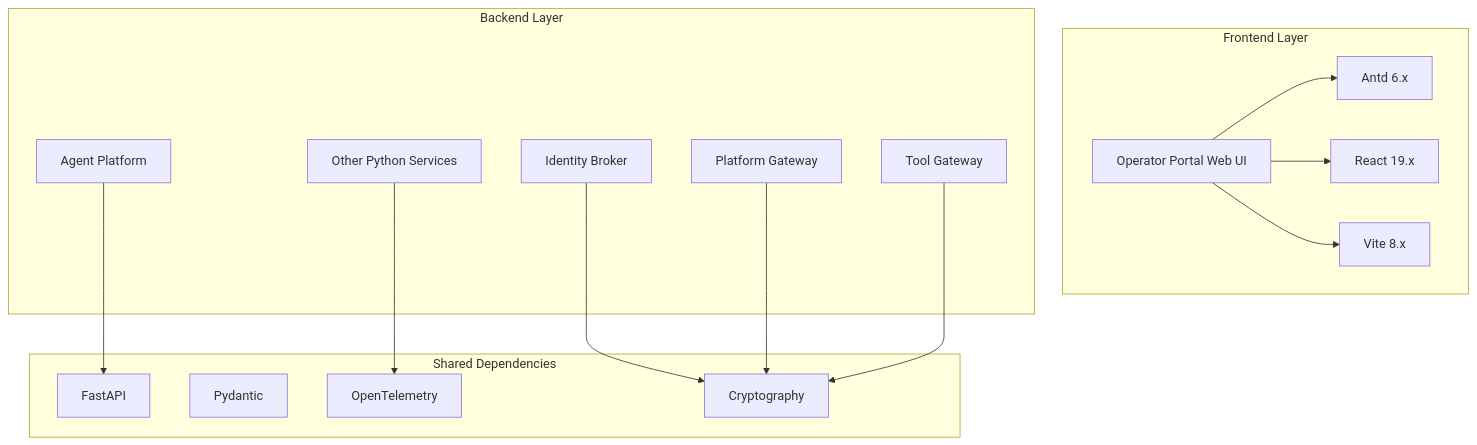
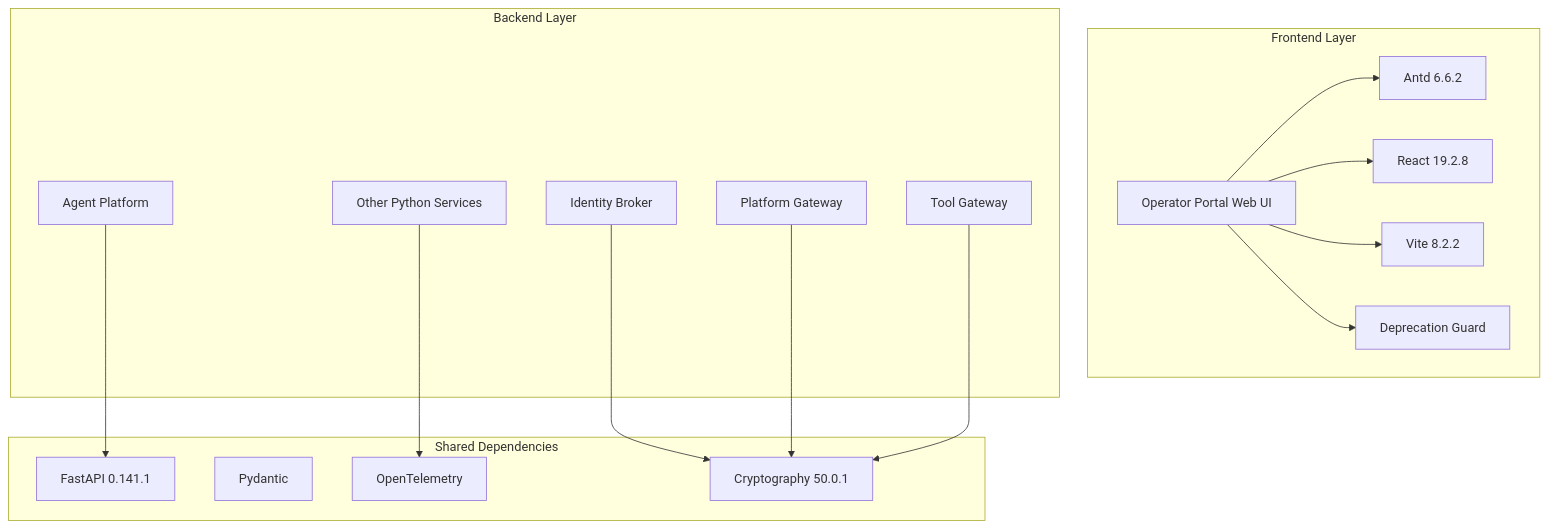
The second of 6 diagrams in .qoder/repowiki/en/content/Architecture Documentation/SPEC-042_ Portal Dependency Hygiene Specification.md (metasync/luban-aiops), drawn with Mermaid before and after one commit. The commit also changed other lines of this file and 6 other files, not shown here.

````diff
--- a/.qoder/repowiki/en/content/Architecture Documentation/SPEC-042_ Portal Dependency Hygiene Specification.md
+++ b/.qoder/repowiki/en/content/Architecture Documentation/SPEC-042_ Portal Dependency Hygiene Specification.md
@@ -131,30 +130,32 @@
 ```mermaid
 graph TB
 subgraph "Frontend Layer"
 Portal["Operator Portal Web UI"]
-Antd["Antd 6.x"]
-React["React 19.x"]
-Vite["Vite 8.x"]
+Antd["Antd 6.6.2"]
+React["React 19.2.8"]
+Vite["Vite 8.2.2"]
+Guard["Deprecation Guard"]
 end
 subgraph "Backend Layer"
 AgentPlatform["Agent Platform"]
 IdentityBroker["Identity Broker"]
 PlatformGateway["Platform Gateway"]
 ToolGateway["Tool Gateway"]
 OtherServices["Other Python Services"]
 end
 subgraph "Shared Dependencies"
-FastAPI["FastAPI"]
+FastAPI["FastAPI 0.141.1"]
 Pydantic["Pydantic"]
 OpenTelemetry["OpenTelemetry"]
-Cryptography["Cryptography"]
+Cryptography["Cryptography 50.0.1"]
 end
 Portal --> Antd
 Portal --> React
 Portal --> Vite
+Portal --> Guard
 AgentPlatform --> FastAPI
 IdentityBroker --> Cryptography
 PlatformGateway --> Cryptography
 ToolGateway --> Cryptography
 OtherServices --> OpenTelemetry
 ```
````
